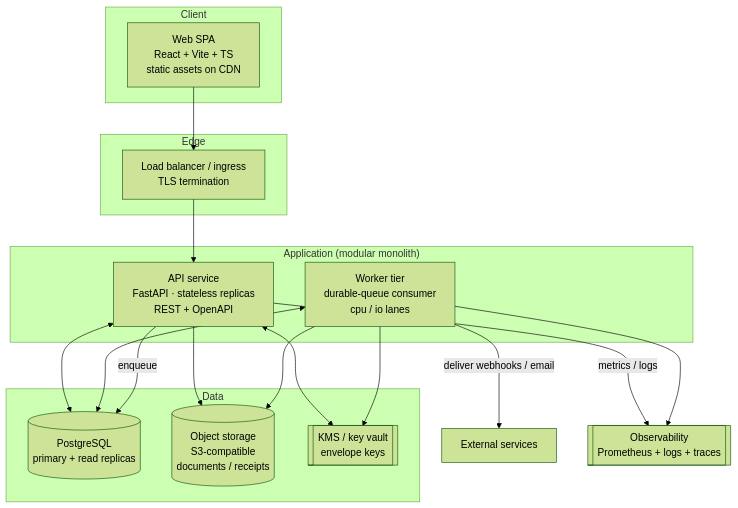
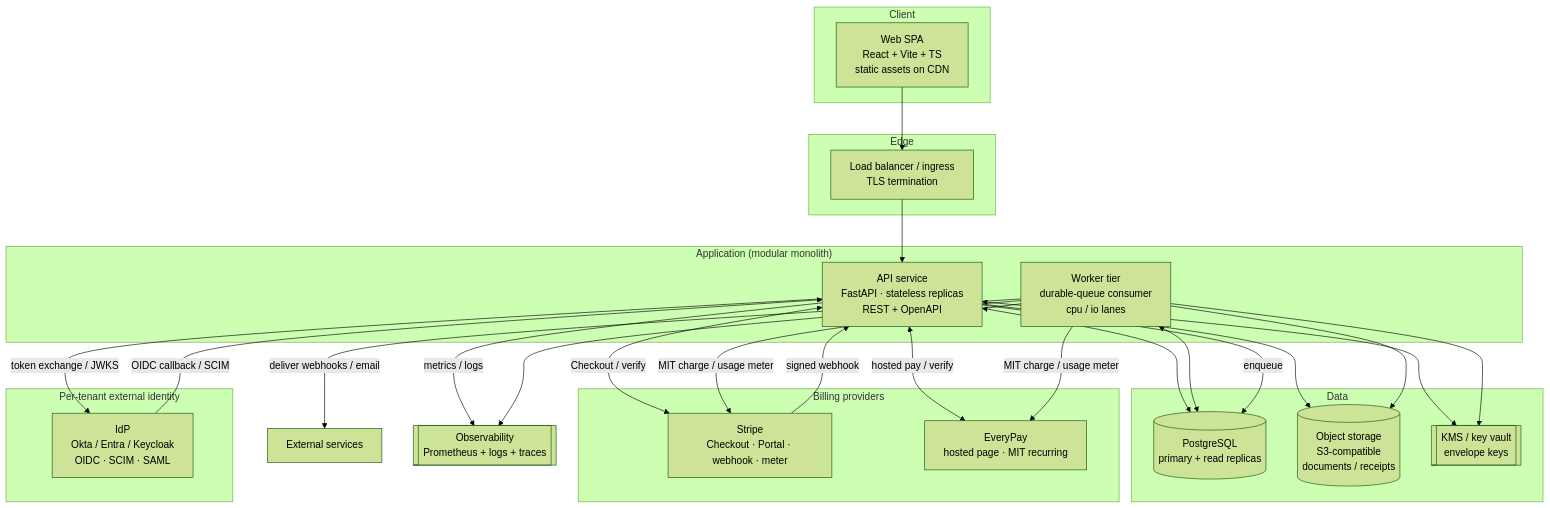
The second of 3 diagrams in docs/architecture/overview.md (kristapsgoncoronoks-ship-it/Bid_it), drawn with Mermaid (forest theme) before and after one commit. The commit also changed other lines of this file and 3 other files, not shown here.

````diff
--- a/docs/architecture/overview.md
+++ b/docs/architecture/overview.md
@@ -130,33 +158,48 @@
 ```mermaid
 graph TB
   subgraph Client
     SPA[Web SPA<br/>React + Vite + TS<br/>static assets on CDN]
   end
 
   subgraph Edge
     LB[Load balancer / ingress<br/>TLS termination]
   end
 
   subgraph App["Application (modular monolith)"]
     API[API service<br/>FastAPI · stateless replicas<br/>REST + OpenAPI]
     WRK[Worker tier<br/>durable-queue consumer<br/>cpu / io lanes]
   end
 
   subgraph Data
     PG[(PostgreSQL<br/>primary + read replicas)]
     OBJ[(Object storage<br/>S3-compatible<br/>documents / receipts)]
     KMS[[KMS / key vault<br/>envelope keys]]
   end
 
+  subgraph Federated["Per-tenant external identity"]
+    IDP[IdP<br/>Okta / Entra / Keycloak<br/>OIDC · SCIM · SAML]
+  end
+
+  subgraph Providers["Billing providers"]
+    STR[Stripe<br/>Checkout · Portal · webhook · meter]
+    EP[EveryPay<br/>hosted page · MIT recurring]
+  end
+
   SPA --> LB --> API
   API <--> PG
   API --> OBJ
   API <--> KMS
   WRK <--> PG
   WRK --> OBJ
   WRK --> KMS
   API -->|enqueue| PG
   WRK -->|deliver webhooks / email| EXT[External services]
+  IDP -->|OIDC callback / SCIM| API
+  API -->|token exchange / JWKS| IDP
+  API <-->|Checkout / verify| STR
+  API <-->|hosted pay / verify| EP
+  STR -->|signed webhook| API
+  WRK -->|MIT charge / usage meter| STR & EP
   API -->|metrics / logs| OBS[[Observability<br/>Prometheus + logs + traces]]
   WRK --> OBS
 ```
````
